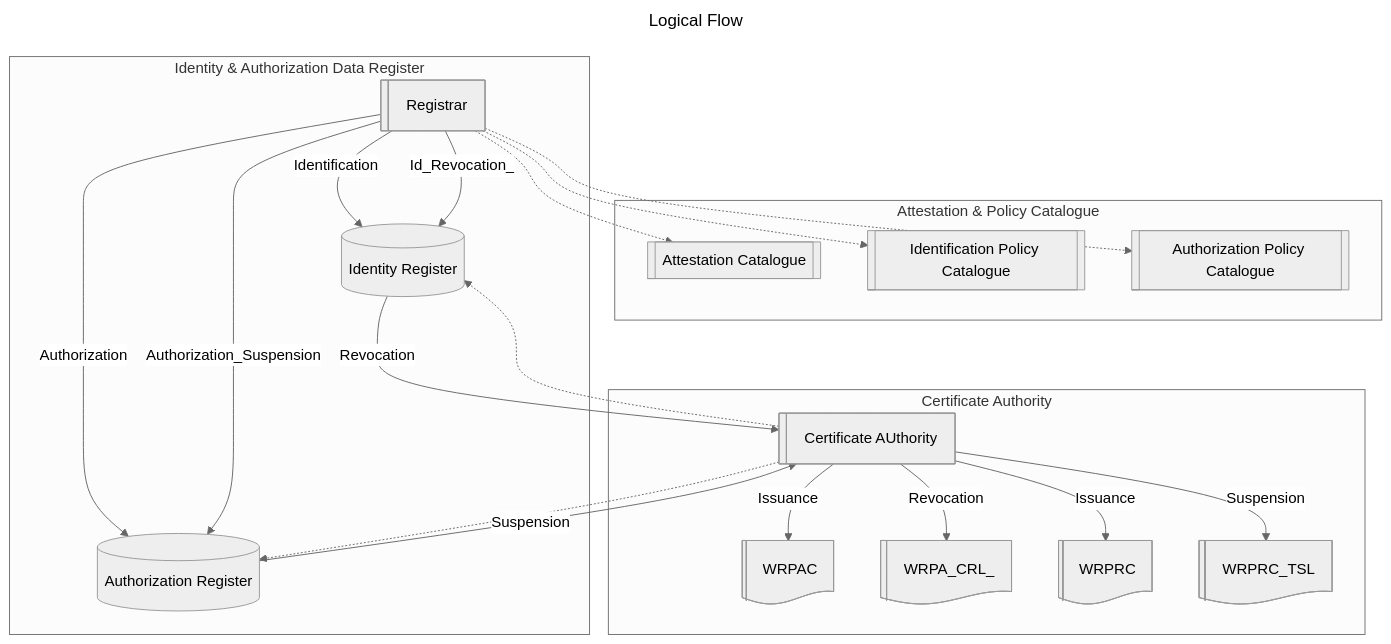
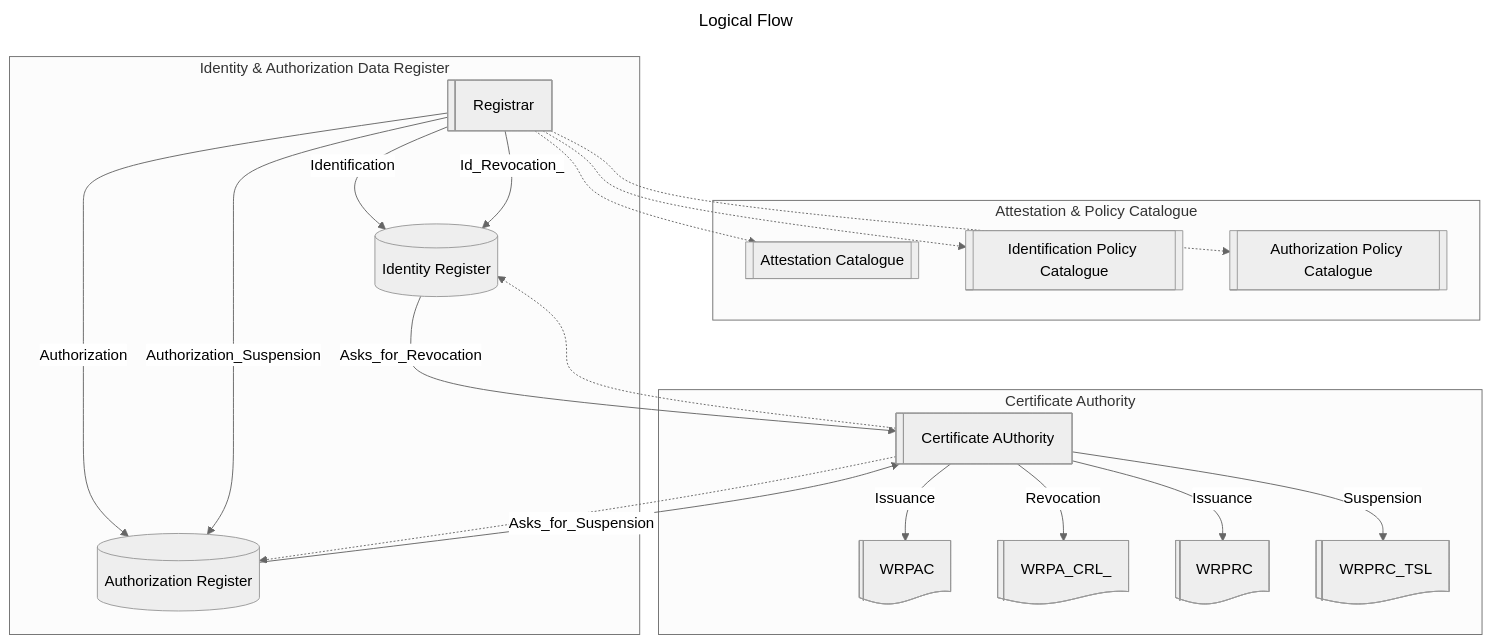
Before and after one commit to APTITUDE-Consortium/wp2-trust-specifications: the second of 3 diagrams in topics/trust-management-process.md, drawn with Mermaid (neutral theme).

````diff
--- a/topics/trust-management-process.md
+++ b/topics/trust-management-process.md
@@ -57,42 +57,42 @@
 ```mermaid graph
 ---
 title: Logical Flow
 ---
 flowchart TD 
 subgraph Cred_Def["Attestation & Policy Catalogue"]
         Cred[["Attestation Catalogue"]]
         IDPol[["Identification Policy Catalogue"]]
         CredPol[["Authorization Policy Catalogue"]]
 end
 subgraph Register["Identity & Authorization Data Register"]
         IDReg@{shape: cyl, label: "Identity Register" }
         AuthReg@{shape: cyl, label: "Authorization Register"}
         Registrar@{shape: lin-rect, label: "Registrar" }
 end
 subgraph C_A["Certificate Authority"]
         WRPAC@{ shape: lin-doc, label: "WRPAC" }
         WRPAC_CRL@{ shape: lin-doc, label: "WRPA_CRL_" }
         WRPRC@{ shape: lin-doc, label: "WRPRC" }
         WRPRC_TSL@{ shape: lin-doc, label: "WRPRC_TSL" }
         CA@{shape: lin-rect, label: "Certificate AUthority" }
 end
 
     Registrar-->|Identification|IDReg
     Registrar-->|Id_Revocation_|IDReg
     Registrar-.->IDPol
 
     Registrar-.->Cred
     Registrar-.->CredPol
     Registrar-->|Authorization|AuthReg
     Registrar-->|Authorization_Suspension|AuthReg
-    AuthReg-->|Suspension|CA
-    IDReg-->|Revocation|CA
-    
+    AuthReg-->|Asks_for_Suspension|CA
+    IDReg-->|Asks_for_Revocation|CA
+
     CA-.->IDReg
     CA-->|Issuance|WRPAC
     CA-->|Revocation|WRPAC_CRL
     CA-->|Suspension|WRPRC_TSL
     CA-.->AuthReg
     CA-->|Issuance|WRPRC
 
 ```
````
